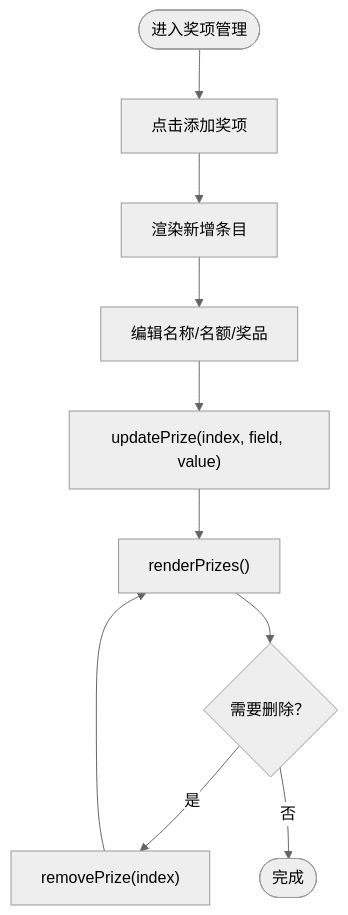
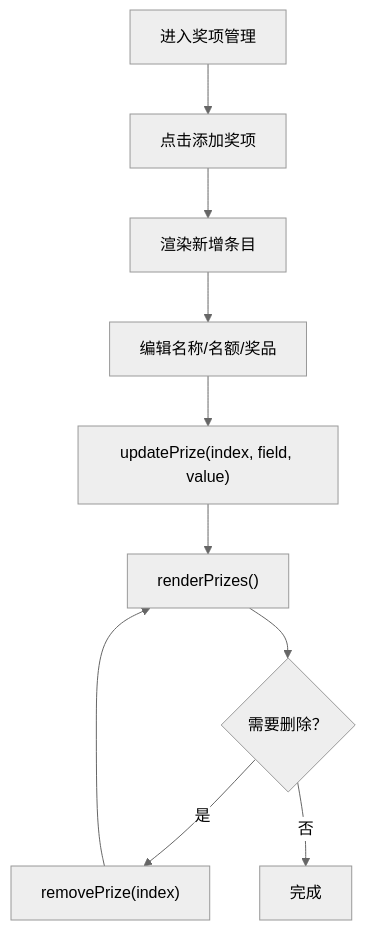
The third of 8 diagrams in .qoder/repowiki/zh/content/核心功能.md (jiargcn/qoder_gen_lottery), drawn with Mermaid (neutral theme) before and after one commit. The commit also changed other lines of this file and 4 other files, not shown here.

````diff
--- a/.qoder/repowiki/zh/content/核心功能.md
+++ b/.qoder/repowiki/zh/content/核心功能.md
@@ -121,12 +128,12 @@
 ```mermaid
 flowchart TD
-Start(["进入奖项管理"]) --> Add["点击添加奖项"]
+Start["进入奖项管理"] --> Add["点击添加奖项"]
 Add --> Render["渲染新增条目"]
 Render --> Edit["编辑名称/名额/奖品"]
 Edit --> Update["updatePrize(index, field, value)"]
 Update --> ReRender["renderPrizes()"]
 ReRender --> Delete{"需要删除？"}
 Delete --> |是| Remove["removePrize(index)"]
 Remove --> ReRender
-Delete --> |否| End(["完成"])
+Delete --> |否| End["完成"]
 ```
````
